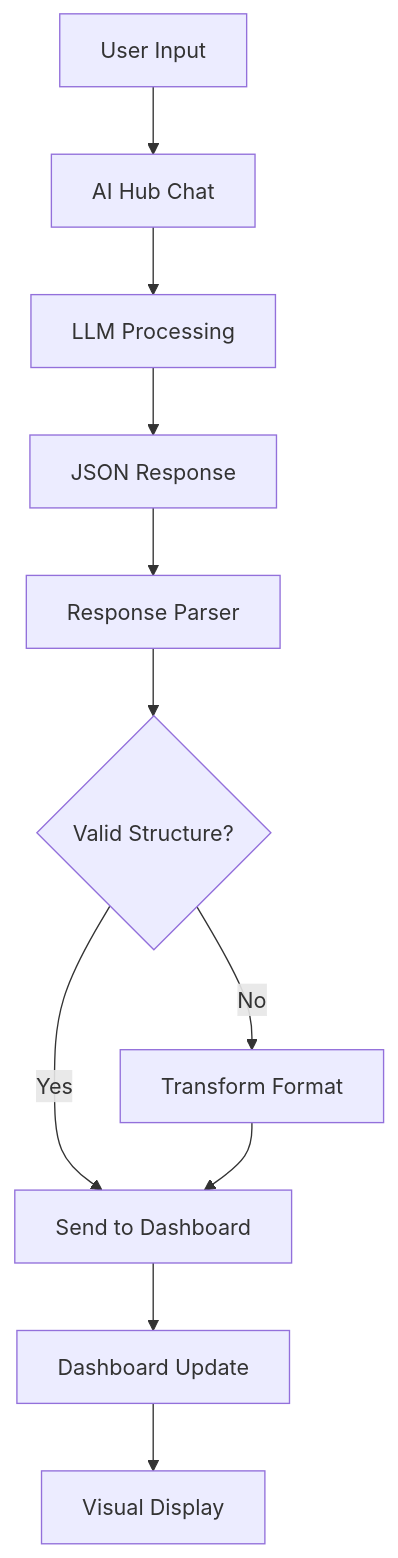
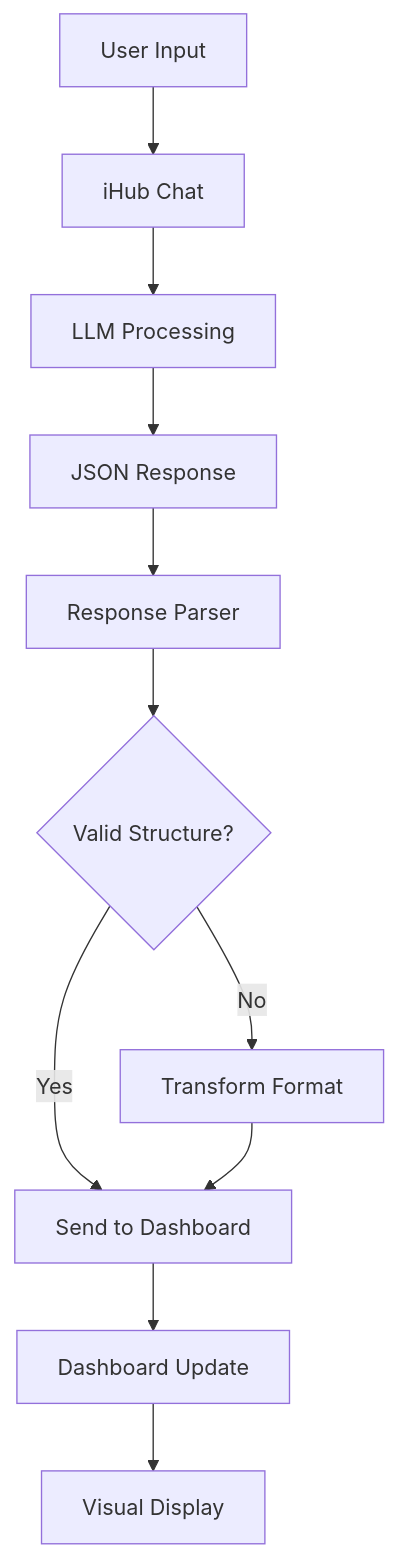
Before and after one commit to intrafind/ihub-apps: the diagram in concepts/2025-07-21 Dynamic UI Generation and LLM Integration.md, drawn with Mermaid. The commit also changed other lines of this file and 169 other files, not shown here.

````diff
--- a/concepts/2025-07-21 Dynamic UI Generation and LLM Integration.md
+++ b/concepts/2025-07-21 Dynamic UI Generation and LLM Integration.md
@@ -61,13 +61,13 @@
 ```mermaid
 graph TD
-    A[User Input] --> B[AI Hub Chat]
+    A[User Input] --> B[iHub Chat]
     B --> C[LLM Processing]
     C --> D[JSON Response]
     D --> E[Response Parser]
     E --> F{Valid Structure?}
     F -->|Yes| G[Send to Dashboard]
     F -->|No| H[Transform Format]
     H --> G
     G --> I[Dashboard Update]
     I --> J[Visual Display]
 ```
````
